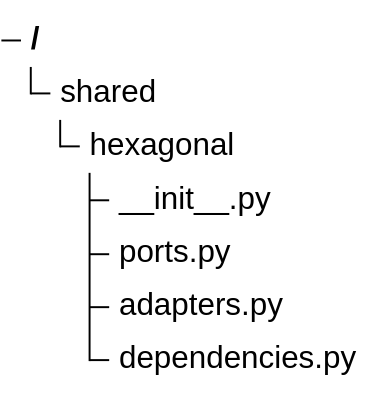
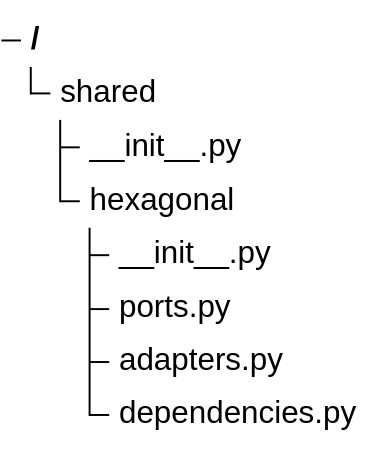
Before and after one commit to 9orky/enclosure: the third of 3 diagrams in .enclosure/plans/planning-workflow/epics/hexagonal-foundation/SCHEMAS.md, drawn with Mermaid. The commit also changed other lines of this file and 30 other files, not shown here.

````diff
--- a/.enclosure/plans/planning-workflow/epics/hexagonal-foundation/SCHEMAS.md
+++ b/.enclosure/plans/planning-workflow/epics/hexagonal-foundation/SCHEMAS.md
@@ -112,11 +126,12 @@
 ```mermaid
 %% contract: files
 %%{init: {"theme": "base", "themeVariables": {"labelColor": "#172033", "lineColor": "#64748b"}}}%%
 treeView-beta
   "shared"
+    "__init__.py"
     "hexagonal"
       "__init__.py"
       "ports.py"
       "adapters.py"
       "dependencies.py"
 ```
````
